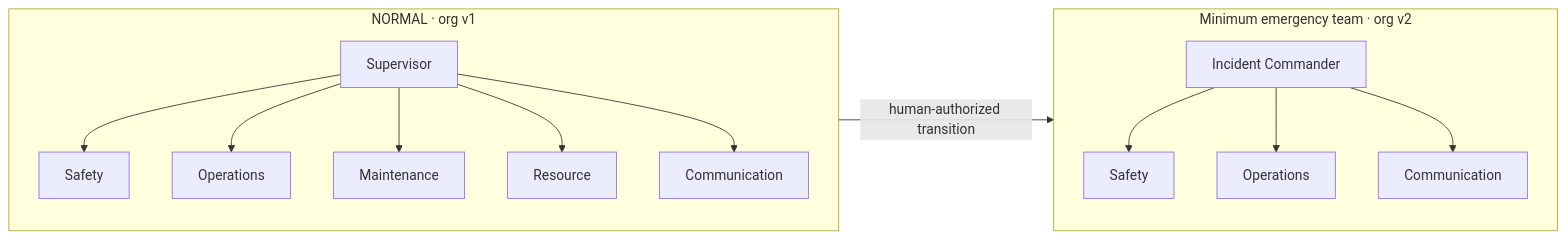
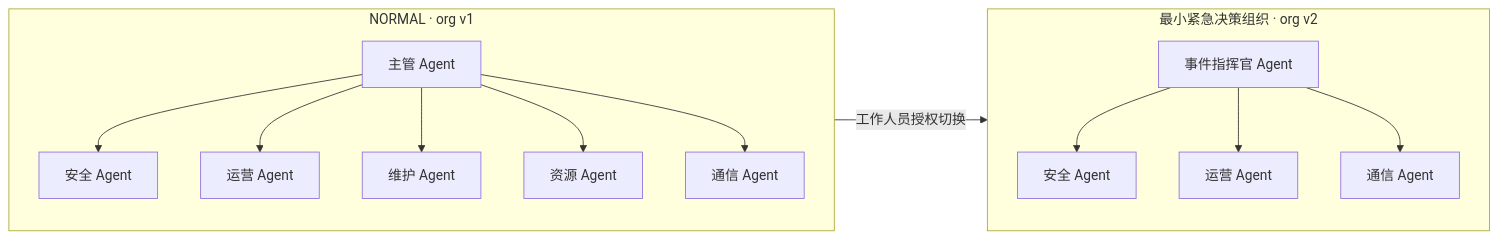
Before and after one commit to Agneshao/dynamic-agent-of-physical-AI-: the first of 2 diagrams in README.md, drawn with Mermaid. The commit also changed other lines of this file, not shown here.

````diff
--- a/README.md
+++ b/README.md
@@ -40,28 +40,28 @@
 ```mermaid
 flowchart LR
     subgraph NORMAL["NORMAL · org v1"]
-        SUP[Supervisor]
-        SAFE1[Safety]
-        OPS1[Operations]
-        MAINT[Maintenance]
-        RES[Resource]
-        COM1[Communication]
+        SUP[主管 Agent]
+        SAFE1[安全 Agent]
+        OPS1[运营 Agent]
+        MAINT[维护 Agent]
+        RES[资源 Agent]
+        COM1[通信 Agent]
         SUP --> SAFE1
         SUP --> OPS1
         SUP --> MAINT
         SUP --> RES
         SUP --> COM1
     end
 
-    NORMAL -->|"human-authorized transition"| EMERGENCY
+    NORMAL -->|"工作人员授权切换"| EMERGENCY
 
-    subgraph EMERGENCY["Minimum emergency team · org v2"]
-        IC[Incident Commander]
-        SAFE2[Safety]
-        OPS2[Operations]
-        COM2[Communication]
+    subgraph EMERGENCY["最小紧急决策组织 · org v2"]
+        IC[事件指挥官 Agent]
+        SAFE2[安全 Agent]
+        OPS2[运营 Agent]
+        COM2[通信 Agent]
         IC --> SAFE2
         IC --> OPS2
         IC --> COM2
     end
 ```
````
